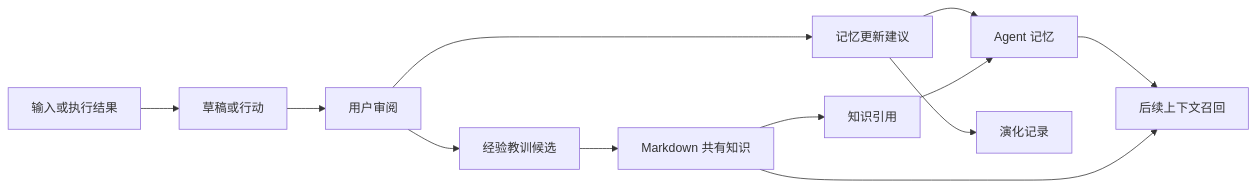
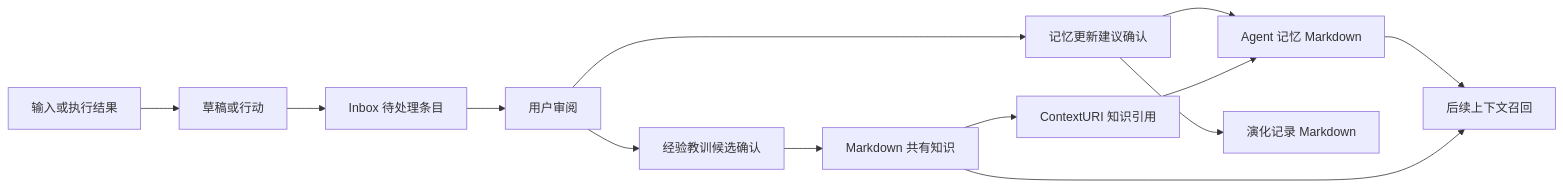
One commit to zhuxining/MindClaw changed the third of 3 diagrams in docs/architecture/00-overview.md. Above: the diagram before and after it, drawn with Mermaid. The commit also changed other lines of this file and 20 other files, not shown here.

First line of the commit message:
docs(architecture): refine review-evolution flow and inbox-based workflow

````diff
--- a/docs/architecture/00-overview.md
+++ b/docs/architecture/00-overview.md
@@ -156,14 +158,15 @@
 ```mermaid
 flowchart LR
     A[输入或执行结果] --> B[草稿或行动]
-    B --> C[用户审阅]
-    C --> D[记忆更新建议]
-    C --> E[经验教训候选]
-    D --> F[Agent 记忆]
-    D --> G[演化记录]
-    E --> H[Markdown 共有知识]
-    H --> I[知识引用]
-    I --> F
-    F --> J[后续上下文召回]
+    B --> C[Inbox 待处理条目]
+    C --> D[用户审阅]
+    D --> E[记忆更新建议确认]
+    D --> F[经验教训候选确认]
+    E --> G[Agent 记忆 Markdown]
+    E --> K[演化记录 Markdown]
+    F --> H[Markdown 共有知识]
+    H --> I[ContextURI 知识引用]
+    I --> G
+    G --> J[后续上下文召回]
     H --> J
 ```
````
